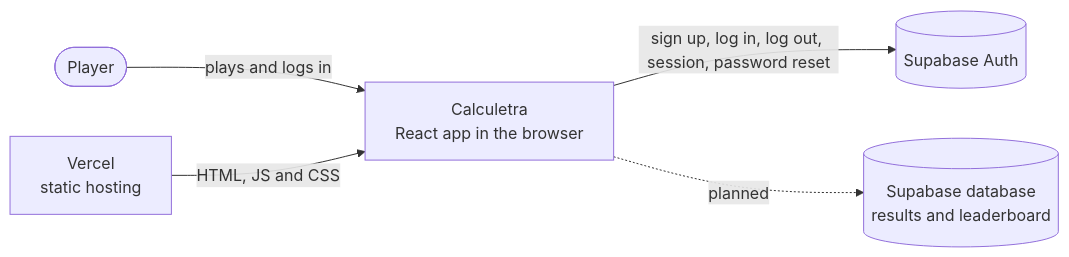
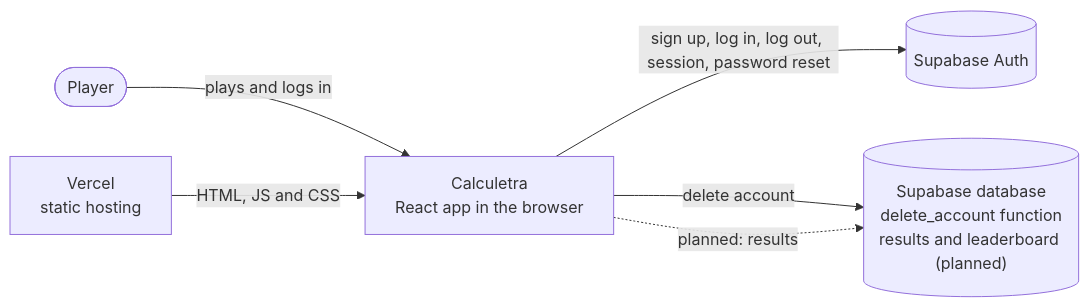
Before and after one commit to MatiCoding/calculetra: the first of 2 diagrams in docs/architecture.md, drawn with Mermaid. The commit also changed other lines of this file and 1 other file, not shown here.

First line of the commit message:
docs: add delete account to the architecture and changelog

````diff
--- a/docs/architecture.md
+++ b/docs/architecture.md
@@ -21,13 +21,14 @@
 ```mermaid
 flowchart LR
     player(["Player"])
     browser["Calculetra<br/>React app in the browser"]
     vercel["Vercel<br/>static hosting"]
     supabase[("Supabase Auth")]
-    db[("Supabase database<br/>results and leaderboard")]
+    db[("Supabase database<br/>delete_account function<br/>results and leaderboard (planned)")]
 
     player -->|plays and logs in| browser
     vercel -->|HTML, JS and CSS| browser
     browser -->|sign up, log in, log out, session, password reset| supabase
-    browser -.->|planned| db
+    browser -->|delete account| db
+    browser -.->|planned: results| db
 ```
````
